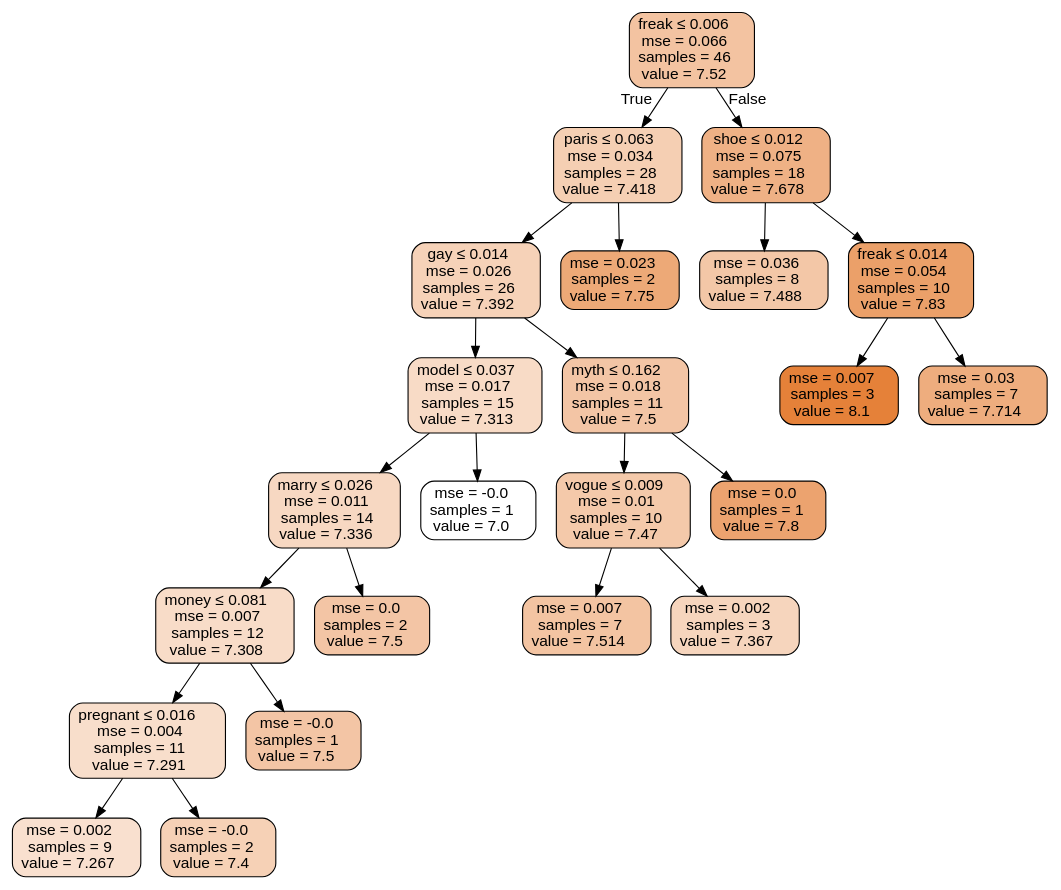
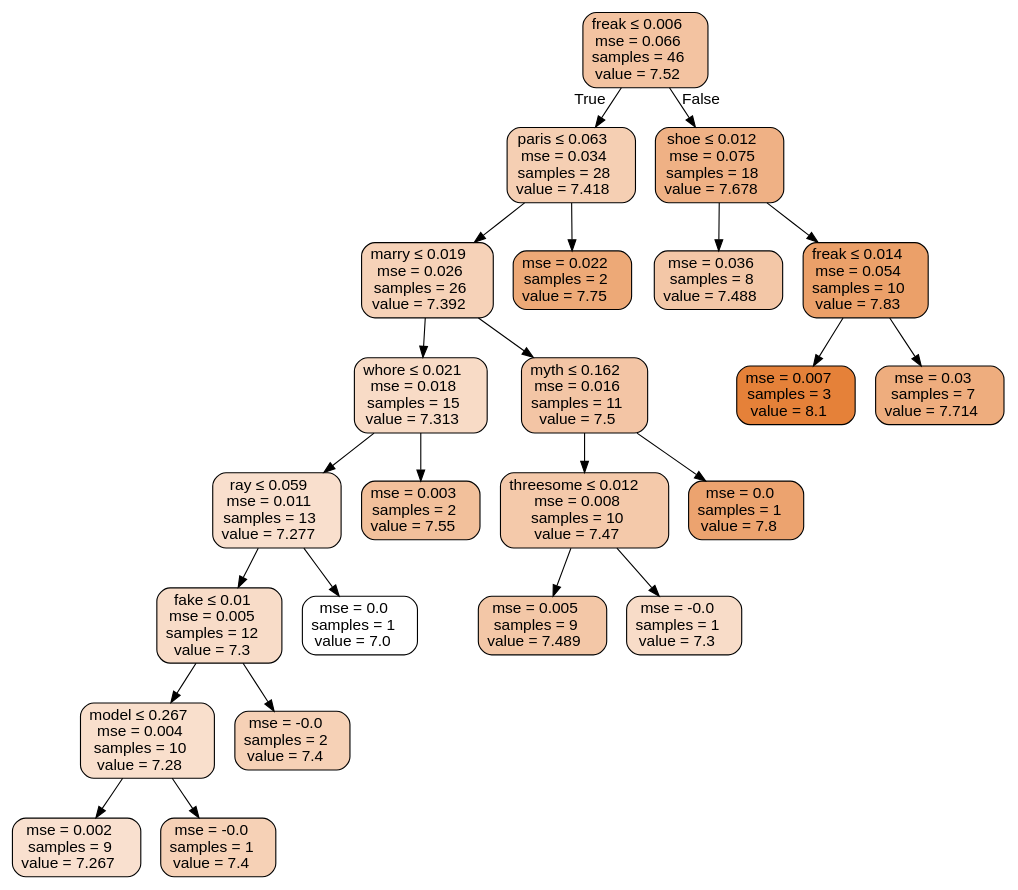
Before and after one commit to ranilovi/SATC_rating_prediction: the diagram in boston_tree.dot, drawn with Graphviz. The commit also changed 4 other files, not shown here.

```diff
--- a/boston_tree.dot
+++ b/boston_tree.dot
@@ -1,49 +1,49 @@
 digraph Tree {
 node [shape=box, style="filled, rounded", color="black", fontname=helvetica] ;
 edge [fontname=helvetica] ;
 0 [label=<freak &le; 0.006<br/>mse = 0.066<br/>samples = 46<br/>value = 7.52>, fillcolor="#e5813978"] ;
 1 [label=<paris &le; 0.063<br/>mse = 0.034<br/>samples = 28<br/>value = 7.418>, fillcolor="#e5813961"] ;
 0 -> 1 [labeldistance=2.5, labelangle=45, headlabel="True"] ;
-2 [label=<gay &le; 0.014<br/>mse = 0.026<br/>samples = 26<br/>value = 7.392>, fillcolor="#e581395b"] ;
+2 [label=<marry &le; 0.019<br/>mse = 0.026<br/>samples = 26<br/>value = 7.392>, fillcolor="#e581395b"] ;
 1 -> 2 ;
-3 [label=<model &le; 0.037<br/>mse = 0.017<br/>samples = 15<br/>value = 7.313>, fillcolor="#e5813949"] ;
+3 [label=<whore &le; 0.021<br/>mse = 0.018<br/>samples = 15<br/>value = 7.313>, fillcolor="#e5813949"] ;
 2 -> 3 ;
-4 [label=<marry &le; 0.026<br/>mse = 0.011<br/>samples = 14<br/>value = 7.336>, fillcolor="#e581394e"] ;
+4 [label=<ray &le; 0.059<br/>mse = 0.011<br/>samples = 13<br/>value = 7.277>, fillcolor="#e5813940"] ;
 3 -> 4 ;
-5 [label=<money &le; 0.081<br/>mse = 0.007<br/>samples = 12<br/>value = 7.308>, fillcolor="#e5813947"] ;
+5 [label=<fake &le; 0.01<br/>mse = 0.005<br/>samples = 12<br/>value = 7.3>, fillcolor="#e5813946"] ;
 4 -> 5 ;
-6 [label=<pregnant &le; 0.016<br/>mse = 0.004<br/>samples = 11<br/>value = 7.291>, fillcolor="#e5813943"] ;
+6 [label=<model &le; 0.267<br/>mse = 0.004<br/>samples = 10<br/>value = 7.28>, fillcolor="#e5813941"] ;
 5 -> 6 ;
 7 [label=<mse = 0.002<br/>samples = 9<br/>value = 7.267>, fillcolor="#e581393e"] ;
 6 -> 7 ;
-8 [label=<mse = -0.0<br/>samples = 2<br/>value = 7.4>, fillcolor="#e581395d"] ;
+8 [label=<mse = -0.0<br/>samples = 1<br/>value = 7.4>, fillcolor="#e581395d"] ;
 6 -> 8 ;
-9 [label=<mse = -0.0<br/>samples = 1<br/>value = 7.5>, fillcolor="#e5813974"] ;
+9 [label=<mse = -0.0<br/>samples = 2<br/>value = 7.4>, fillcolor="#e581395d"] ;
 5 -> 9 ;
-10 [label=<mse = 0.0<br/>samples = 2<br/>value = 7.5>, fillcolor="#e5813974"] ;
+10 [label=<mse = 0.0<br/>samples = 1<br/>value = 7.0>, fillcolor="#e5813900"] ;
 4 -> 10 ;
-11 [label=<mse = -0.0<br/>samples = 1<br/>value = 7.0>, fillcolor="#e5813900"] ;
+11 [label=<mse = 0.003<br/>samples = 2<br/>value = 7.55>, fillcolor="#e5813980"] ;
 3 -> 11 ;
-12 [label=<myth &le; 0.162<br/>mse = 0.018<br/>samples = 11<br/>value = 7.5>, fillcolor="#e5813974"] ;
+12 [label=<myth &le; 0.162<br/>mse = 0.016<br/>samples = 11<br/>value = 7.5>, fillcolor="#e5813974"] ;
 2 -> 12 ;
-13 [label=<vogue &le; 0.009<br/>mse = 0.01<br/>samples = 10<br/>value = 7.47>, fillcolor="#e581396d"] ;
+13 [label=<threesome &le; 0.012<br/>mse = 0.008<br/>samples = 10<br/>value = 7.47>, fillcolor="#e581396d"] ;
 12 -> 13 ;
-14 [label=<mse = 0.007<br/>samples = 7<br/>value = 7.514>, fillcolor="#e5813977"] ;
+14 [label=<mse = 0.005<br/>samples = 9<br/>value = 7.489>, fillcolor="#e5813971"] ;
 13 -> 14 ;
-15 [label=<mse = 0.002<br/>samples = 3<br/>value = 7.367>, fillcolor="#e5813955"] ;
+15 [label=<mse = -0.0<br/>samples = 1<br/>value = 7.3>, fillcolor="#e5813946"] ;
 13 -> 15 ;
 16 [label=<mse = 0.0<br/>samples = 1<br/>value = 7.8>, fillcolor="#e58139b9"] ;
 12 -> 16 ;
-17 [label=<mse = 0.023<br/>samples = 2<br/>value = 7.75>, fillcolor="#e58139ae"] ;
+17 [label=<mse = 0.022<br/>samples = 2<br/>value = 7.75>, fillcolor="#e58139ae"] ;
 1 -> 17 ;
 18 [label=<shoe &le; 0.012<br/>mse = 0.075<br/>samples = 18<br/>value = 7.678>, fillcolor="#e581399d"] ;
 0 -> 18 [labeldistance=2.5, labelangle=-45, headlabel="False"] ;
 19 [label=<mse = 0.036<br/>samples = 8<br/>value = 7.488>, fillcolor="#e5813971"] ;
 18 -> 19 ;
 20 [label=<freak &le; 0.014<br/>mse = 0.054<br/>samples = 10<br/>value = 7.83>, fillcolor="#e58139c0"] ;
 18 -> 20 ;
 21 [label=<mse = 0.007<br/>samples = 3<br/>value = 8.1>, fillcolor="#e58139ff"] ;
 20 -> 21 ;
 22 [label=<mse = 0.03<br/>samples = 7<br/>value = 7.714>, fillcolor="#e58139a6"] ;
 20 -> 22 ;
 }
```
